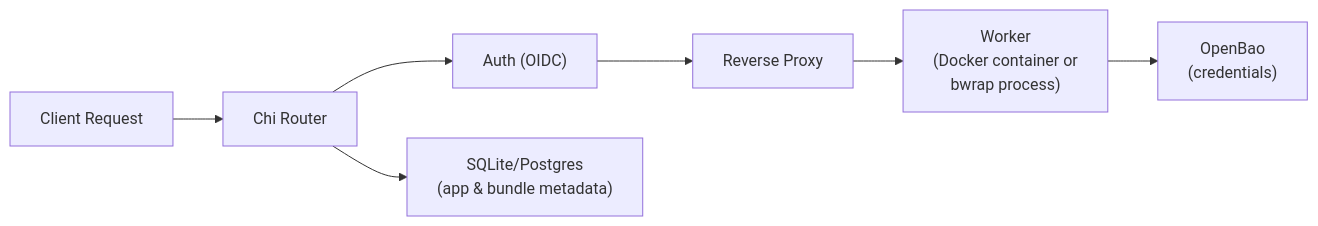
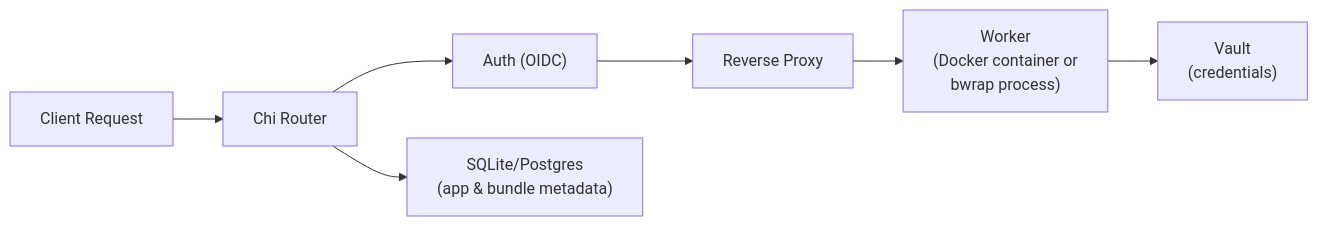
One commit to cynkra/blockyard changed the diagram in README.md. Above: the diagram before and after it, drawn with Mermaid. The commit also changed other lines of this file and 43 other files, not shown here.

````diff
--- a/README.md
+++ b/README.md
@@ -25,9 +25,9 @@
 ```mermaid
 graph LR
     Client[Client Request] --> Router[Chi Router]
     Router --> Auth["Auth (OIDC)"]
     Auth --> Proxy[Reverse Proxy]
     Proxy --> Worker["Worker<br>(Docker container or<br>bwrap process)"]
     Router --> DB["SQLite/Postgres<br>(app & bundle metadata)"]
-    Worker --> Bao["OpenBao<br>(credentials)"]
+    Worker --> Bao["Vault<br>(credentials)"]
 ```
````
